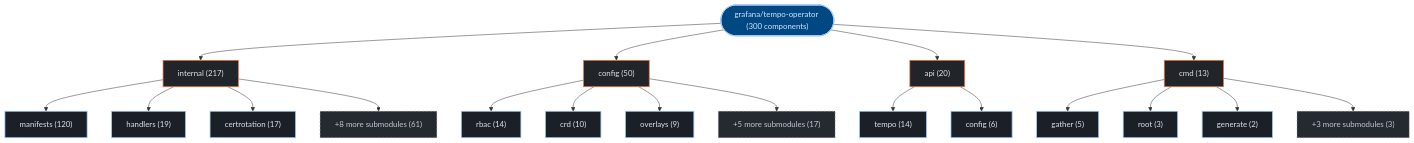
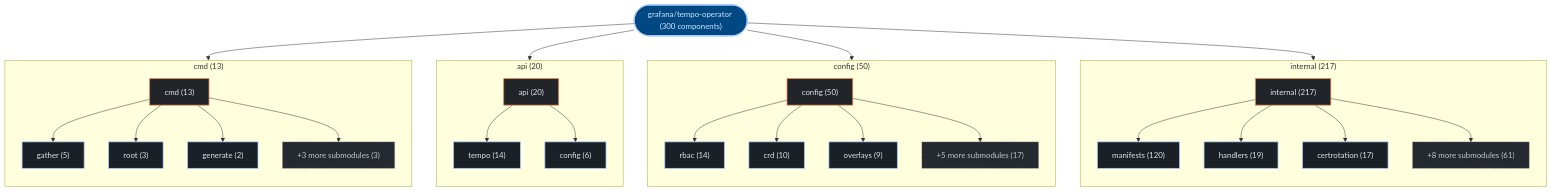
Before and after one commit to kumarshaz/atruss-code-atlas: the first of 3 diagrams in exports/latest/reports/grafana-tempo-operator-report.md, drawn with Mermaid. The commit also changed 178 other files, not shown here.

Commit message:
feat(ui,mermaid): upgrade to mermaid v12 + ELK layout, add orgs-summary + pagination, subgraph building blocks, fix tab alignment

````diff
--- a/exports/latest/reports/grafana-tempo-operator-report.md
+++ b/exports/latest/reports/grafana-tempo-operator-report.md
@@ -42,47 +42,59 @@
 ```mermaid
 graph TD;
   classDef atlasRoot fill:#004882,stroke:#a3c9ff,stroke-width:2px,color:#d3e4ff
   classDef atlasCategory fill:#212428,stroke:#E87A48,stroke-width:1.5px,color:#dfe3eb
   classDef atlasWorkflow fill:#1b2026,stroke:#a3c9ff,stroke-width:1.5px,color:#dfe3eb
   classDef atlasJob fill:#171c22,stroke:#8d9199,stroke-width:1px,color:#dfe3eb
   classDef atlasTarget fill:#005227,stroke:#8bd99b,stroke-width:1.5px,color:#a7f6b6
   classDef atlasAlert fill:#93000a,stroke:#ffb4ab,stroke-width:1.5px,color:#ffdad6
   classDef atlasMore fill:#252a31,stroke:#8d9199,stroke-dasharray:4 4,color:#c3c6cf
     repo_root(["grafana/tempo-operator (300 components)"]):::atlasRoot
-    dir_0_internal["internal (217)"]:::atlasCategory
+    subgraph sg_dir_0_internal["internal (217)"]
+      direction TB
+      dir_0_internal["internal (217)"]:::atlasCategory
+      sub_0_0_manifests["manifests (120)"]:::atlasWorkflow
+      dir_0_internal --> sub_0_0_manifests
+      sub_0_1_handlers["handlers (19)"]:::atlasWorkflow
+      dir_0_internal --> sub_0_1_handlers
+      sub_0_2_certrotation["certrotation (17)"]:::atlasWorkflow
+      dir_0_internal --> sub_0_2_certrotation
+      sub_0_more["+8 more submodules (61)"]:::atlasMore
+      dir_0_internal --> sub_0_more
+    end
     repo_root --> dir_0_internal
-    sub_0_0_manifests["manifests (120)"]:::atlasWorkflow
-    dir_0_internal --> sub_0_0_manifests
-    sub_0_1_handlers["handlers (19)"]:::atlasWorkflow
-    dir_0_internal --> sub_0_1_handlers
-    sub_0_2_certrotation["certrotation (17)"]:::atlasWorkflow
-    dir_0_internal --> sub_0_2_certrotation
-    sub_0_more["+8 more submodules (61)"]:::atlasMore
-    dir_0_internal --> sub_0_more
-    dir_1_config["config (50)"]:::atlasCategory
+    subgraph sg_dir_1_config["config (50)"]
+      direction TB
+      dir_1_config["config (50)"]:::atlasCategory
+      sub_1_0_rbac["rbac (14)"]:::atlasWorkflow
+      dir_1_config --> sub_1_0_rbac
+      sub_1_1_crd["crd (10)"]:::atlasWorkflow
+      dir_1_config --> sub_1_1_crd
+      sub_1_2_overlays["overlays (9)"]:::atlasWorkflow
+      dir_1_config --> sub_1_2_overlays
+      sub_1_more["+5 more submodules (17)"]:::atlasMore
+      dir_1_config --> sub_1_more
+    end
     repo_root --> dir_1_config
-    sub_1_0_rbac["rbac (14)"]:::atlasWorkflow
-    dir_1_config --> sub_1_0_rbac
-    sub_1_1_crd["crd (10)"]:::atlasWorkflow
-    dir_1_config --> sub_1_1_crd
-    sub_1_2_overlays["overlays (9)"]:::atlasWorkflow
-    dir_1_config --> sub_1_2_overlays
-    sub_1_more["+5 more submodules (17)"]:::atlasMore
-    dir_1_config --> sub_1_more
-    dir_2_api["api (20)"]:::atlasCategory
+    subgraph sg_dir_2_api["api (20)"]
+      direction TB
+      dir_2_api["api (20)"]:::atlasCategory
+      sub_2_0_tempo["tempo (14)"]:::atlasWorkflow
+      dir_2_api --> sub_2_0_tempo
+      sub_2_1_config["config (6)"]:::atlasWorkflow
+      dir_2_api --> sub_2_1_config
+    end
     repo_root --> dir_2_api
-    sub_2_0_tempo["tempo (14)"]:::atlasWorkflow
-    dir_2_api --> sub_2_0_tempo
-    sub_2_1_config["config (6)"]:::atlasWorkflow
-    dir_2_api --> sub_2_1_config
-    dir_3_cmd["cmd (13)"]:::atlasCategory
+    subgraph sg_dir_3_cmd["cmd (13)"]
+      direction TB
+      dir_3_cmd["cmd (13)"]:::atlasCategory
+      sub_3_0_gather["gather (5)"]:::atlasWorkflow
+      dir_3_cmd --> sub_3_0_gather
+      sub_3_1_root["root (3)"]:::atlasWorkflow
+      dir_3_cmd --> sub_3_1_root
+      sub_3_2_generate["generate (2)"]:::atlasWorkflow
+      dir_3_cmd --> sub_3_2_generate
+      sub_3_more["+3 more submodules (3)"]:::atlasMore
+      dir_3_cmd --> sub_3_more
+    end
     repo_root --> dir_3_cmd
-    sub_3_0_gather["gather (5)"]:::atlasWorkflow
-    dir_3_cmd --> sub_3_0_gather
-    sub_3_1_root["root (3)"]:::atlasWorkflow
-    dir_3_cmd --> sub_3_1_root
-    sub_3_2_generate["generate (2)"]:::atlasWorkflow
-    dir_3_cmd --> sub_3_2_generate
-    sub_3_more["+3 more submodules (3)"]:::atlasMore
-    dir_3_cmd --> sub_3_more
 ```
````
